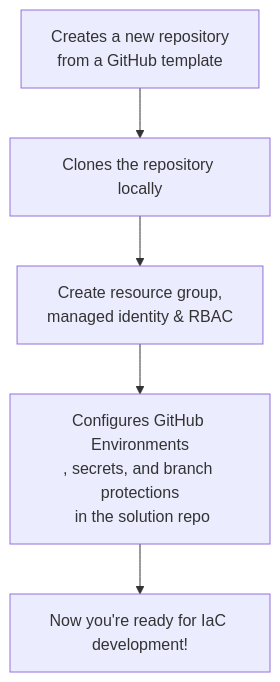
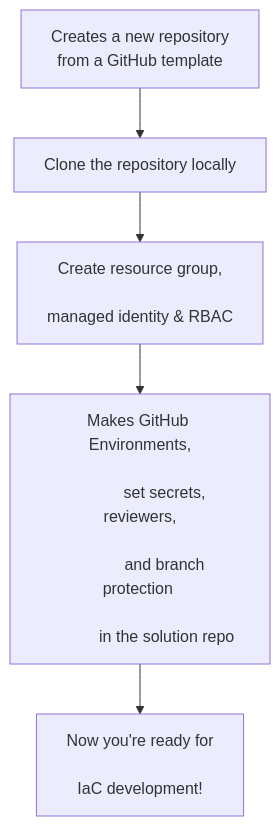
One commit to kewalaka/az-bootstrap changed the diagram in README.md. Above: the diagram before and after it, drawn with Mermaid.

````diff
--- a/README.md
+++ b/README.md
@@ -9,7 +9,12 @@
 ```mermaid
 flowchart TD
-    A[Creates a new repository<br/> from a GitHub template] --> B[Clones the repository locally]
-    B --> C[Create resource group, <br/> managed identity & RBAC]
-    C --> D[Configures GitHub Environments<br/>, secrets, and branch protections<br/> in the solution repo]
-    D --> E[Now you're ready for IaC development!]
+    A[Creates a new repository<br/> from a GitHub template] --> B[Clone the repository locally]
+    B --> C[Create resource group, <br/>
+            managed identity & RBAC]
+    C --> D[Makes GitHub Environments,<br/>
+            set secrets, reviewers,<br/>
+            and branch protection <br/>
+            in the solution repo]
+    D --> E[Now you're ready for<br/>
+            IaC development!]
 ```
````
